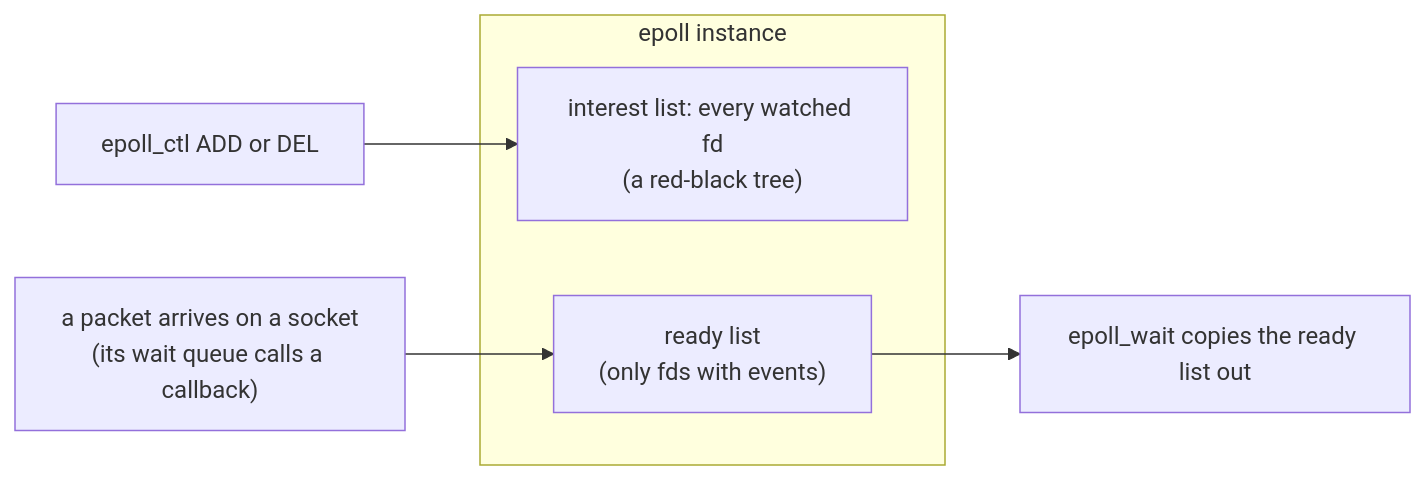
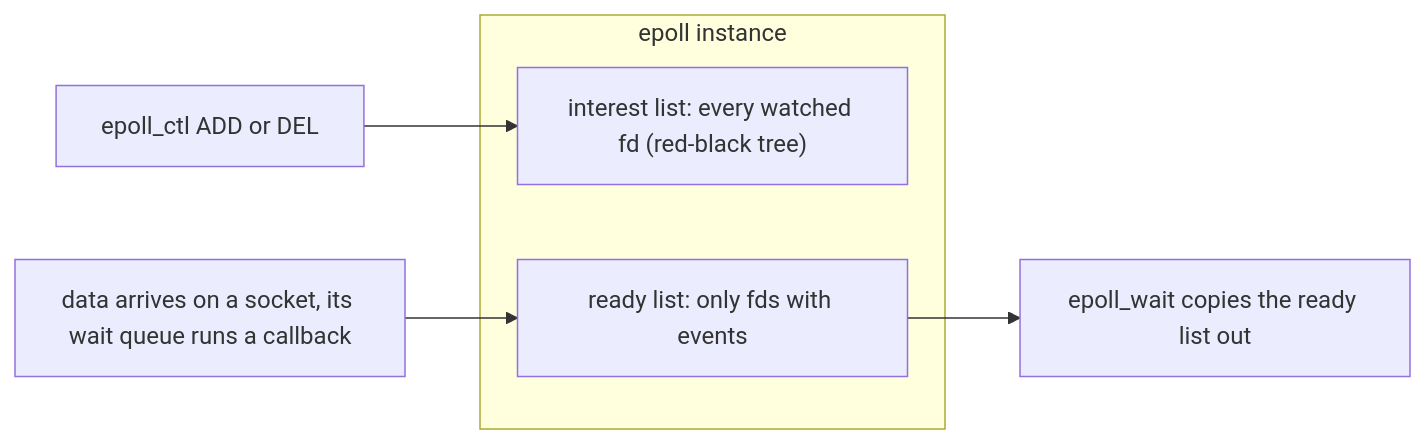
One commit to Princeahrwar/Study changed the second of 3 diagrams in 07_networking/05_epoll_and_io_uring.md. Above: the diagram before and after it, drawn with Mermaid. The commit also changed other lines of this file, not shown here.

````diff
--- a/07_networking/05_epoll_and_io_uring.md
+++ b/07_networking/05_epoll_and_io_uring.md
@@ -87,10 +87,10 @@
 ```mermaid
 flowchart LR
   subgraph epoll instance
-    IL["interest list: every watched fd<br/>(a red-black tree)"]
-    RL["ready list<br/>(only fds with events)"]
+    IL["interest list: every watched fd (red-black tree)"]
+    RL["ready list: only fds with events"]
   end
   CTL["epoll_ctl ADD or DEL"] --> IL
-  SOCK["a packet arrives on a socket<br/>(its wait queue calls a callback)"] --> RL
+  SOCK["data arrives on a socket, its wait queue runs a callback"] --> RL
   RL --> WAIT["epoll_wait copies the ready list out"]
 ```
````
